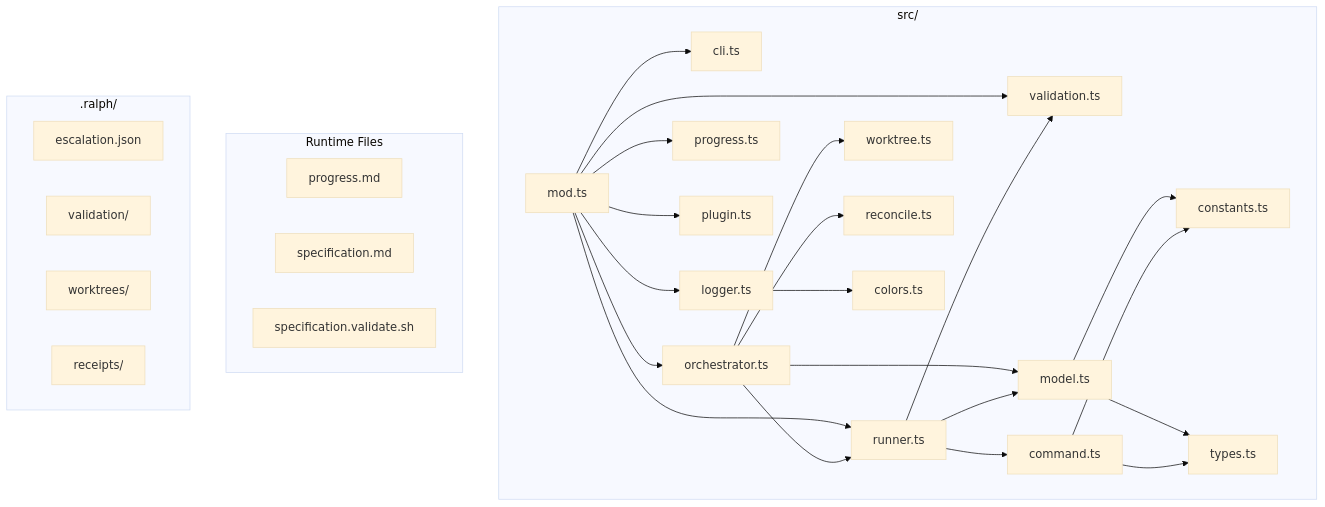
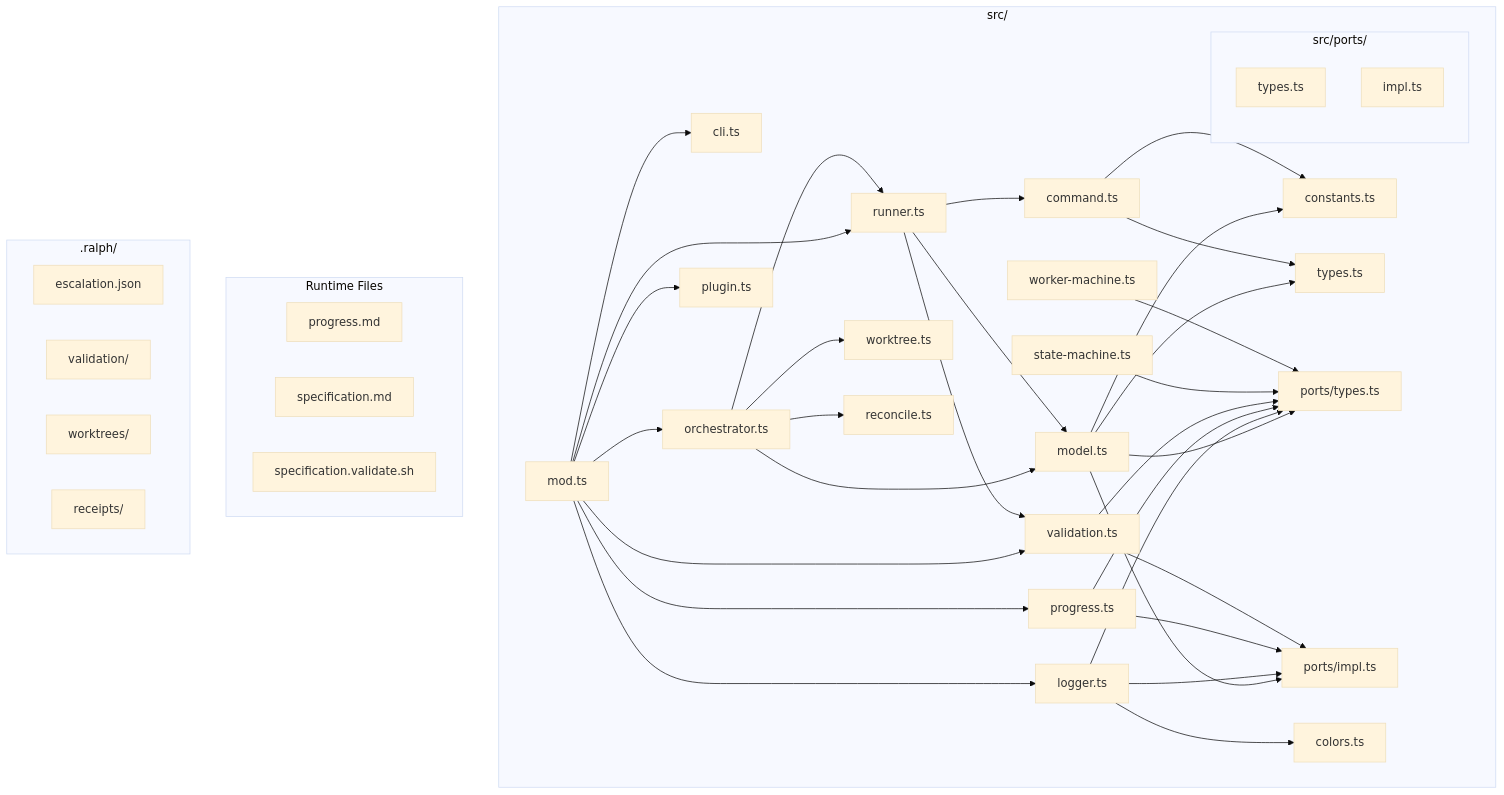
One commit to cdaringe/ralphmania changed the fifth of 5 diagrams in ARCHITECTURE.md. Above: the diagram before and after it, drawn with Mermaid (base theme). The commit also changed 14 other files, not shown here.

````diff
--- a/ARCHITECTURE.md
+++ b/ARCHITECTURE.md
@@ -129,42 +129,60 @@
 ```mermaid
 graph TD
     subgraph Sources ["src/"]
         mod.ts --> cli.ts
         mod.ts --> runner.ts
         mod.ts --> orchestrator.ts
         mod.ts --> progress.ts
         mod.ts --> validation.ts
         mod.ts --> plugin.ts
         mod.ts --> logger.ts
 
         orchestrator.ts --> worktree.ts
         orchestrator.ts --> reconcile.ts
         orchestrator.ts --> runner.ts
         orchestrator.ts --> model.ts
 
         runner.ts --> command.ts
         runner.ts --> validation.ts
         runner.ts --> model.ts
 
         model.ts --> constants.ts
         model.ts --> types.ts
+        model.ts --> ports/types.ts
+        model.ts --> ports/impl.ts
 
         command.ts --> types.ts
         command.ts --> constants.ts
 
         logger.ts --> colors.ts
+        logger.ts --> ports/types.ts
+        logger.ts --> ports/impl.ts
+
+        progress.ts --> ports/types.ts
+        progress.ts --> ports/impl.ts
+
+        validation.ts --> ports/types.ts
+        validation.ts --> ports/impl.ts
+
+        state-machine.ts --> ports/types.ts
+        worker-machine.ts --> ports/types.ts
+
+        subgraph Ports ["src/ports/"]
+            portsTypes[types.ts]
+            portsImpl[impl.ts]
+        end
     end
 
     subgraph Runtime ["Runtime Files"]
         progress.md
         specification.md
         specification.validate.sh
     end
 
     subgraph Ralph [".ralph/"]
         escalation.json
         validation/
         worktrees/
         receipts/
     end
 ```
````
